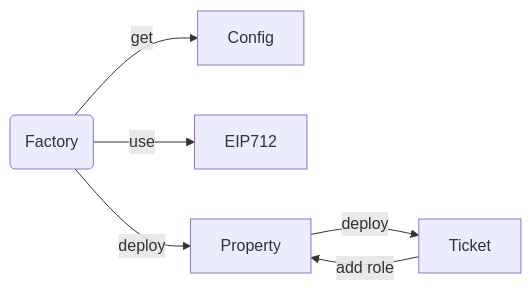
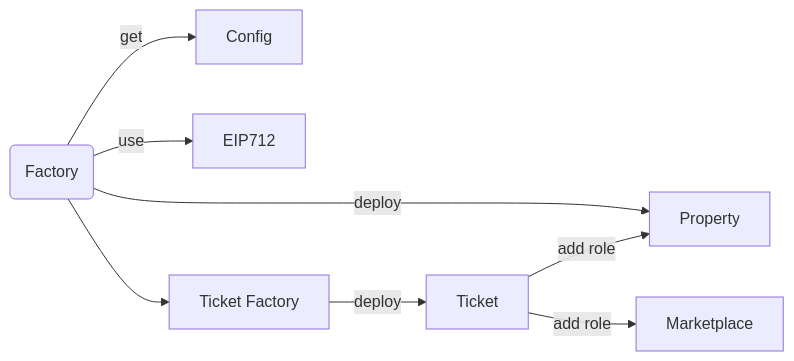
The diagram in README.md (thecosmicblocks/bookadot-smart-contract), drawn with Mermaid before and after one commit. The commit also changed 16 other files, not shown here.

````diff
--- a/README.md
+++ b/README.md
@@ -3,8 +3,10 @@
 ```mermaid
 graph LR
-A(Factory) -->|get| B[Config]
-A(Factory) -->|use| C[EIP712]
-A -->|deploy| D[Property]
-D -->|deploy| E[Ticket]
-E -->|add role| D
+Factory(Factory) -->|get| Config[Config]
+Factory(Factory) -->|use| EIP712[EIP712]
+Factory --> |deploy| Property[Property]
+Factory --> TicketFactory[Ticket Factory]
+TicketFactory --> |deploy| Ticket[Ticket]
+Ticket --> |add role| Property
+Ticket --> |add role| Marketplace[Marketplace]
 ```
````
